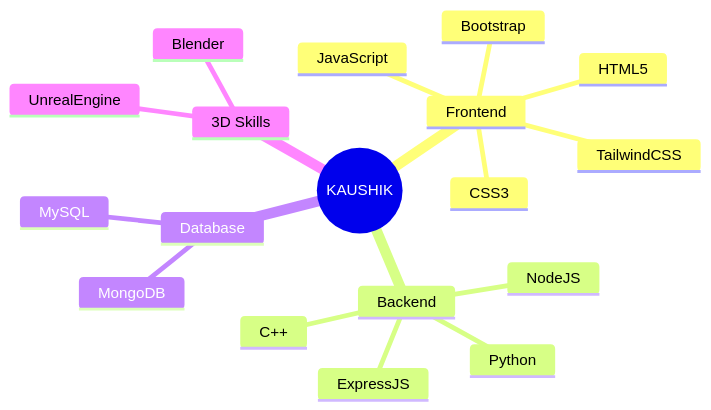
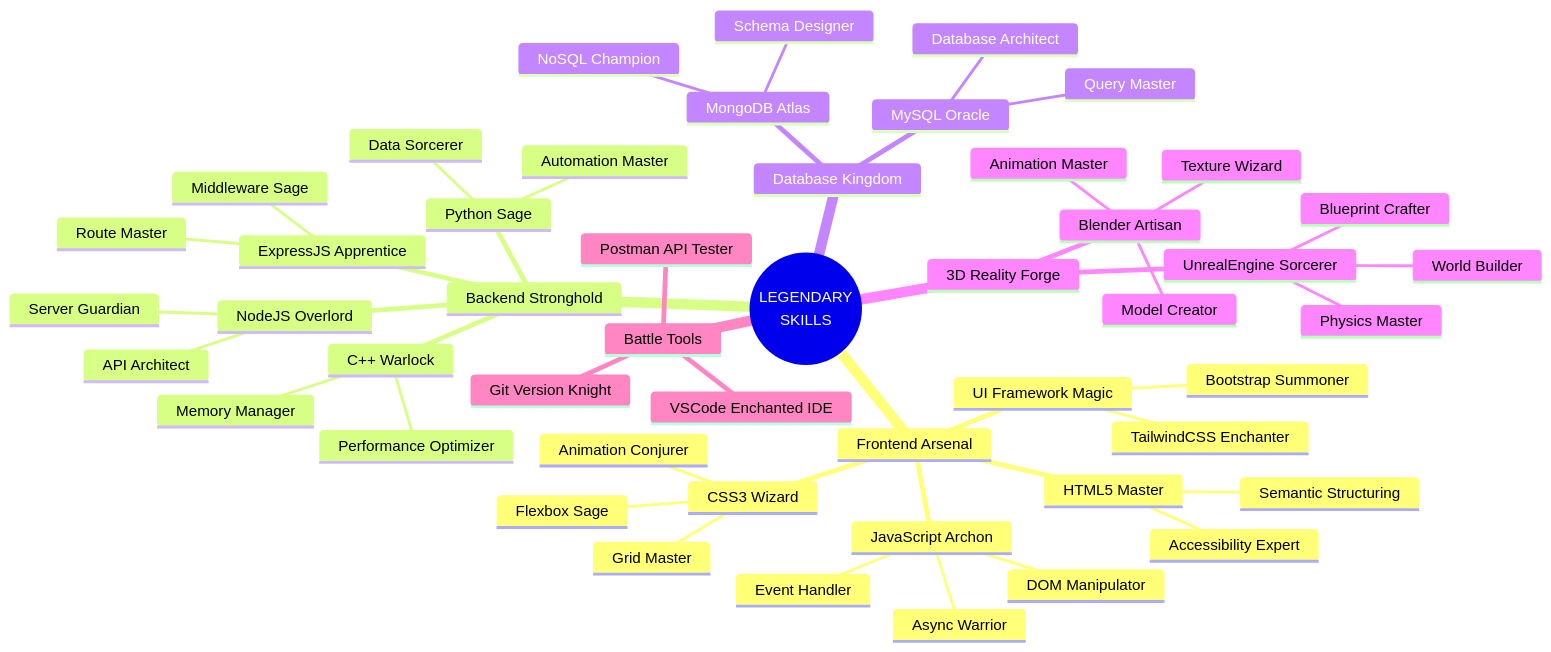
The diagram in README.md (kaushikvishwakarma/kaushikvishwakarma), drawn with Mermaid before and after one commit. The commit also changed other lines of this file, not shown here.

````diff
--- a/README.md
+++ b/README.md
@@ -62,21 +65,52 @@
 ```mermaid
 mindmap
-  root((KAUSHIK))
-    Frontend
-      HTML5
-      CSS3
-      JavaScript
-      Bootstrap
-      TailwindCSS
-    Backend
-      NodeJS
-      ExpressJS
-      Python
-      C++
-    Database
-      MongoDB
-      MySQL
-    3D Skills
-      Blender
-      UnrealEngine
+  root((LEGENDARY<br>SKILLS))
+    Frontend Arsenal
+      HTML5 Master
+        Semantic Structuring
+        Accessibility Expert
+      CSS3 Wizard
+        Flexbox Sage
+        Grid Master
+        Animation Conjurer
+      JavaScript Archon
+        DOM Manipulator
+        Async Warrior
+        Event Handler
+      UI Framework Magic
+        Bootstrap Summoner
+        TailwindCSS Enchanter
+    Backend Stronghold
+      NodeJS Overlord
+        Server Guardian
+        API Architect
+      ExpressJS Apprentice
+        Route Master
+        Middleware Sage
+      Python Sage
+        Data Sorcerer
+        Automation Master
+      C++ Warlock
+        Memory Manager
+        Performance Optimizer
+    Database Kingdom
+      MongoDB Atlas
+        NoSQL Champion
+        Schema Designer
+      MySQL Oracle
+        Query Master
+        Database Architect
+    3D Reality Forge
+      Blender Artisan
+        Model Creator
+        Texture Wizard
+        Animation Master
+      UnrealEngine Sorcerer
+        World Builder
+        Physics Master
+        Blueprint Crafter
+    Battle Tools
+      Git Version Knight
+      Postman API Tester
+      VSCode Enchanted IDE
 ```
````
